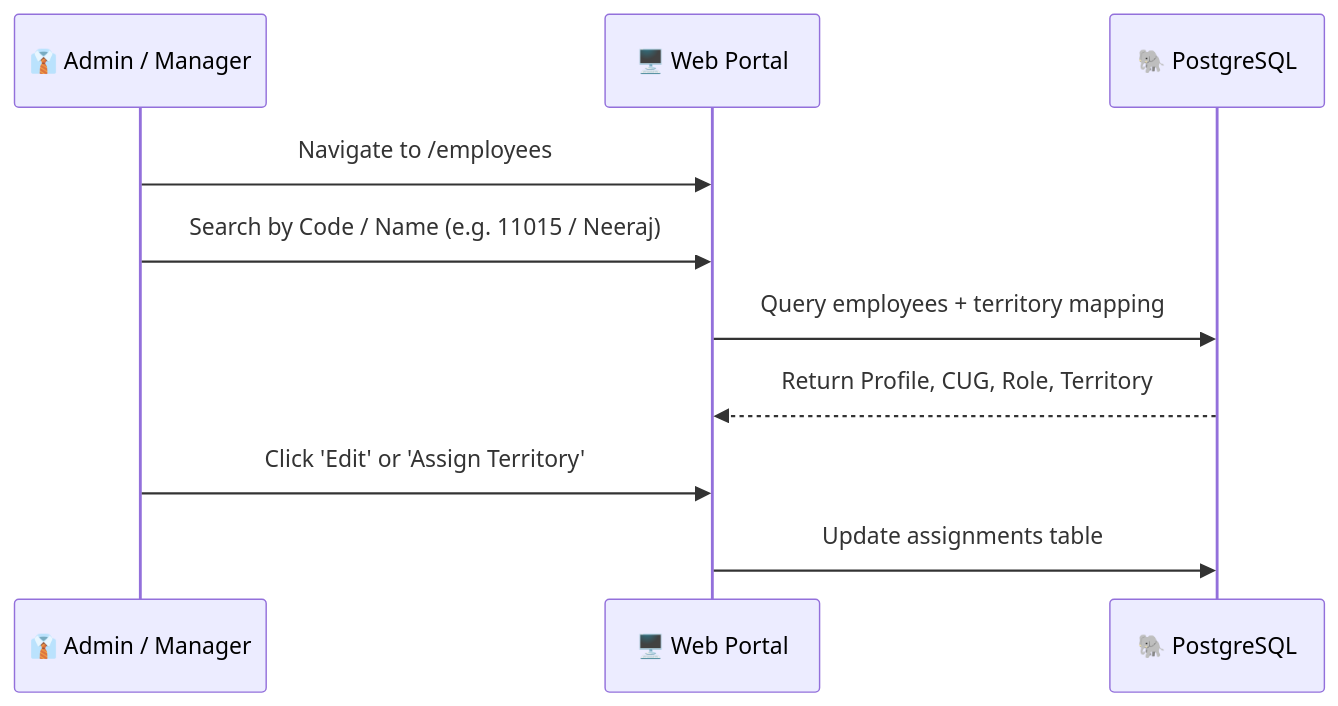
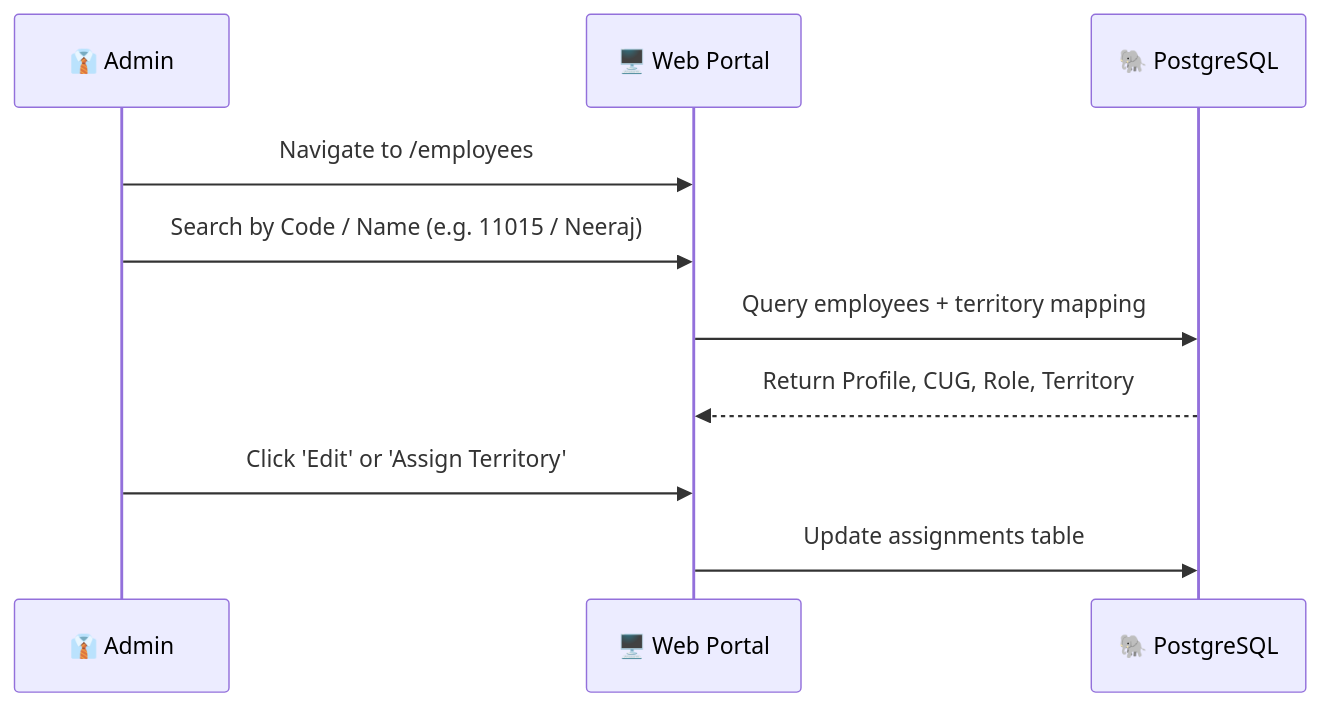
The third of 14 diagrams in USER_MANUAL.md (itripathiharsh/FIELD_TRACK_PRO), drawn with Mermaid before and after one commit. The commit also changed other lines of this file and 2 other files, not shown here.

````diff
--- a/USER_MANUAL.md
+++ b/USER_MANUAL.md
@@ -147,12 +136,12 @@
 ```mermaid
 sequenceDiagram
-    participant Admin as 👔 Admin / Manager
+    participant Admin as 👔 Admin
     participant App as 🖥️ Web Portal
     participant DB as 🐘 PostgreSQL
     Admin->>App: Navigate to /employees
     Admin->>App: Search by Code / Name (e.g. 11015 / Neeraj)
     App->>DB: Query employees + territory mapping
     DB-->>App: Return Profile, CUG, Role, Territory
     Admin->>App: Click 'Edit' or 'Assign Territory'
     App->>DB: Update assignments table
 ```
````
